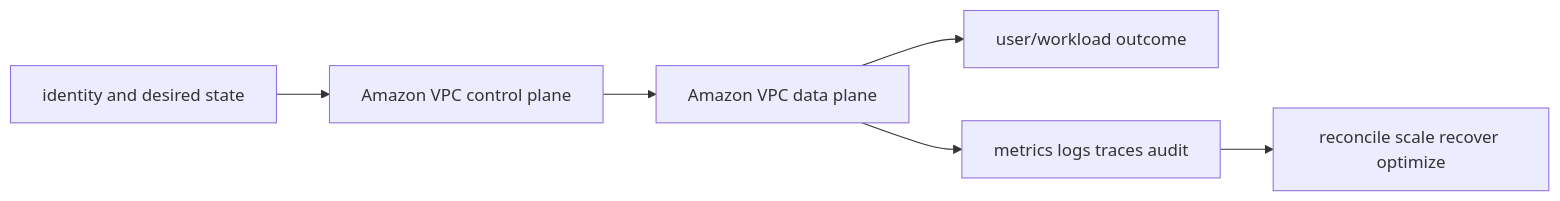
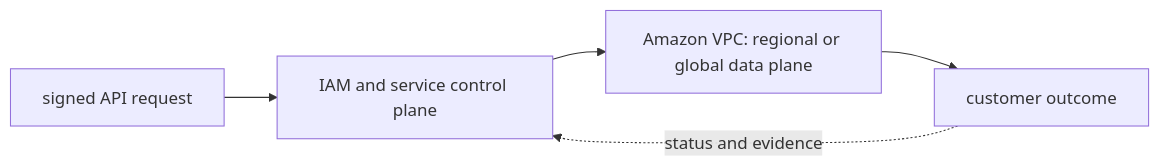
The diagram in 07-aws/02-networking/01-vpc/README.md (tomkidumbuyo/DevOps-interview-preparation), drawn with Mermaid before and after one commit. The commit also changed other lines of this file and 753 other files, not shown here.

````diff
--- a/07-aws/02-networking/01-vpc/README.md
+++ b/07-aws/02-networking/01-vpc/README.md
@@ -19,8 +31,7 @@
 ```mermaid
 flowchart LR
-  I[identity and desired state] --> C[Amazon VPC control plane]
-  C --> D[Amazon VPC data plane]
-  D --> U[user/workload outcome]
-  D --> O[metrics logs traces audit]
-  O --> R[reconcile scale recover optimize]
+  A["signed API request"] --> B["IAM and service control plane"]
+  B --> C["Amazon VPC: regional or global data plane"]
+  C --> D["customer outcome"]
+  D -. "status and evidence" .-> B
 ```
````
